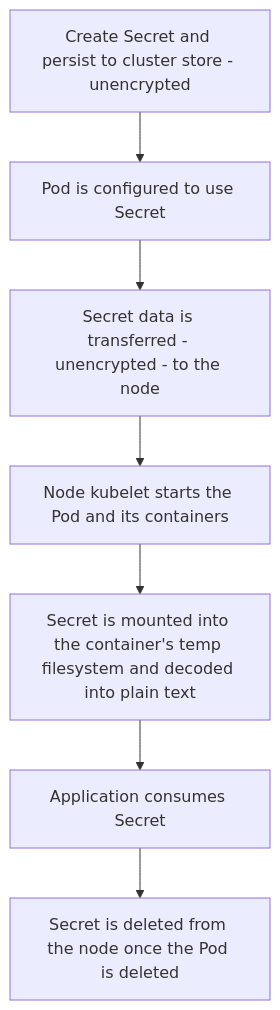
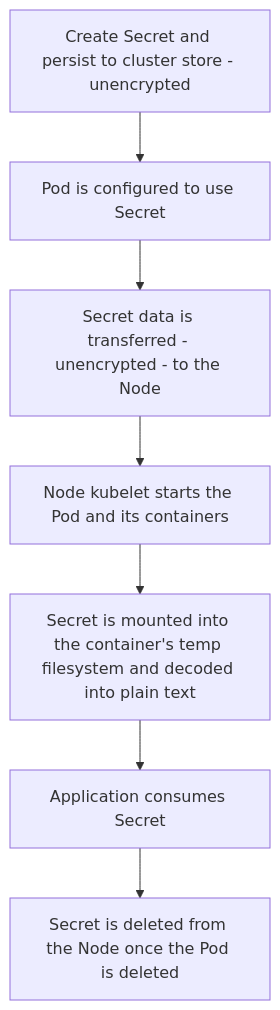
Before and after one commit to Braundo/kubernetes-guide: the diagram in docs/core-concepts/config-maps-secrets.md, drawn with Mermaid.

````diff
--- a/docs/core-concepts/config-maps-secrets.md
+++ b/docs/core-concepts/config-maps-secrets.md
@@ -206,9 +206,9 @@
 ``` mermaid
 flowchart TD
     A[Create Secret and persist to cluster store - unencrypted] --> B[Pod is configured to use Secret]
-    B --> C[Secret data is transferred - unencrypted - to the node]
+    B --> C[Secret data is transferred - unencrypted - to the Node]
     C --> D[Node kubelet starts the Pod and its containers]
     D --> E[Secret is mounted into the container's temp filesystem and decoded into plain text]
     E --> F[Application consumes Secret]
-    F --> G[Secret is deleted from the node once the Pod is deleted]
+    F --> G[Secret is deleted from the Node once the Pod is deleted]
 ```
````
